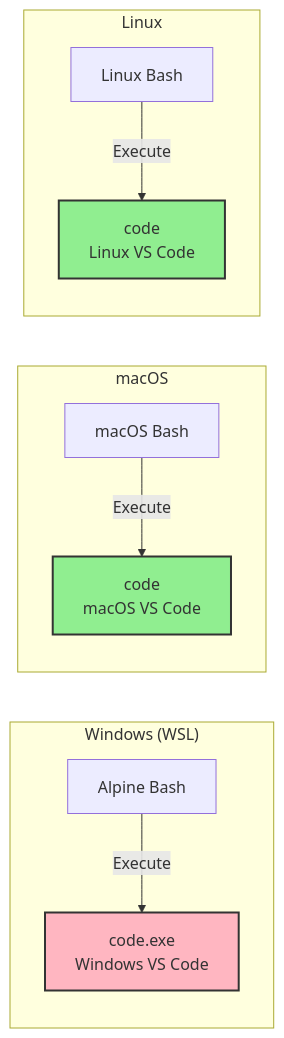
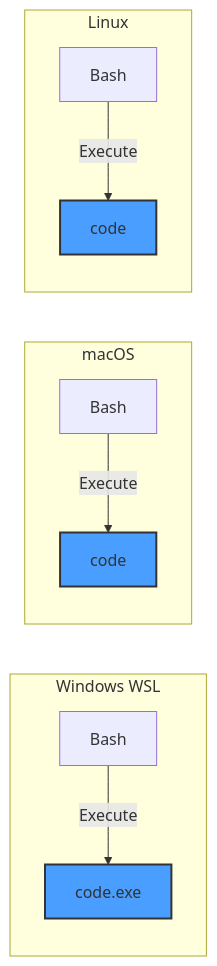
The fifth of 6 diagrams in sparc/3-architecture/diagrams/05-cross-platform-flow.md (ManuelKugelmann/BitBot), drawn with Mermaid before and after one commit. The commit also changed other lines of this file and 5 other files, not shown here.

First line of the commit message:
Remove Docker from config mode in architecture diagrams

````diff
--- a/sparc/3-architecture/diagrams/05-cross-platform-flow.md
+++ b/sparc/3-architecture/diagrams/05-cross-platform-flow.md
@@ -303,25 +306,25 @@
 ```mermaid
 graph LR
-    subgraph "Windows (WSL)"
-        WSL_BASH[Alpine Bash]
-        WSL_CODE[code.exe<br/>Windows VS Code]
+    subgraph WIN["Windows WSL"]
+        WSL_BASH[Bash]
+        WSL_CODE[code.exe]
     end
 
-    subgraph "macOS"
-        MAC_BASH[macOS Bash]
-        MAC_CODE[code<br/>macOS VS Code]
+    subgraph MAC["macOS"]
+        MAC_BASH[Bash]
+        MAC_CODE[code]
     end
 
-    subgraph "Linux"
-        LINUX_BASH[Linux Bash]
-        LINUX_CODE[code<br/>Linux VS Code]
+    subgraph LIN["Linux"]
+        LINUX_BASH[Bash]
+        LINUX_CODE[code]
     end
 
     WSL_BASH -->|Execute| WSL_CODE
     MAC_BASH -->|Execute| MAC_CODE
     LINUX_BASH -->|Execute| LINUX_CODE
 
-    style WSL_CODE fill:#ffb6c1,stroke:#333,stroke-width:2px
-    style MAC_CODE fill:#90ee90,stroke:#333,stroke-width:2px
-    style LINUX_CODE fill:#90ee90,stroke:#333,stroke-width:2px
+    style WSL_CODE fill:#4a9eff,stroke:#333,stroke-width:2px
+    style MAC_CODE fill:#4a9eff,stroke:#333,stroke-width:2px
+    style LINUX_CODE fill:#4a9eff,stroke:#333,stroke-width:2px
 ```
````
